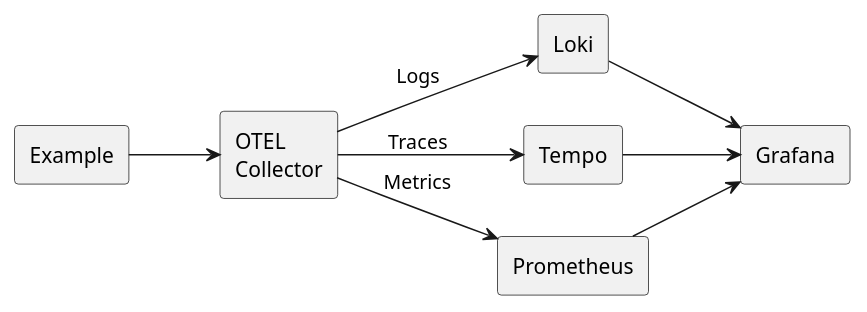
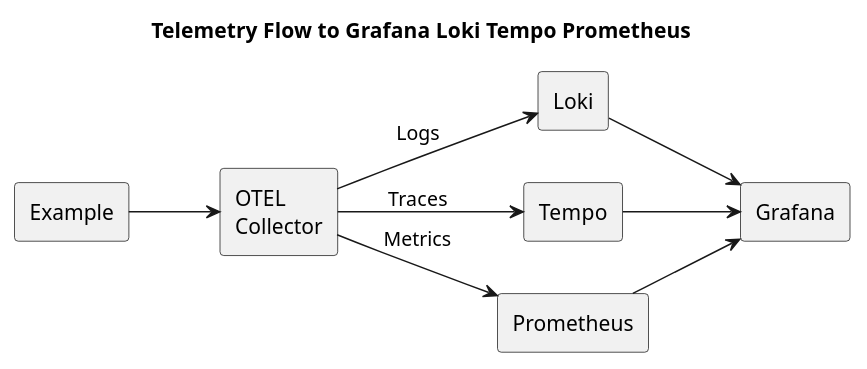
One commit to yolkhovyy/go-otelw changed the diagram in docs/diagrams/grafana-loki-tempo.puml. Above: the diagram before and after it, drawn with PlantUML. The commit also changed 11 other files, not shown here.

Commit message:
Update diagrams

```diff
--- a/docs/diagrams/grafana-loki-tempo.puml
+++ b/docs/diagrams/grafana-loki-tempo.puml
@@ -1,19 +1,20 @@
 @startuml grafana-loki-tempo
+title Telemetry Flow to Grafana Loki Tempo Prometheus
 left to right direction
 
 agent Example as EX
 agent "OTEL\nCollector" as OC
 agent Loki
 agent Tempo
 agent Prometheus
 agent Grafana
 
 EX --> OC
 OC --> Loki: "Logs"
 OC --> Tempo: "Traces"
 OC --> Prometheus: "Metrics"
 Loki --> Grafana
 Tempo --> Grafana
 Prometheus --> Grafana
 
 @enduml
```
